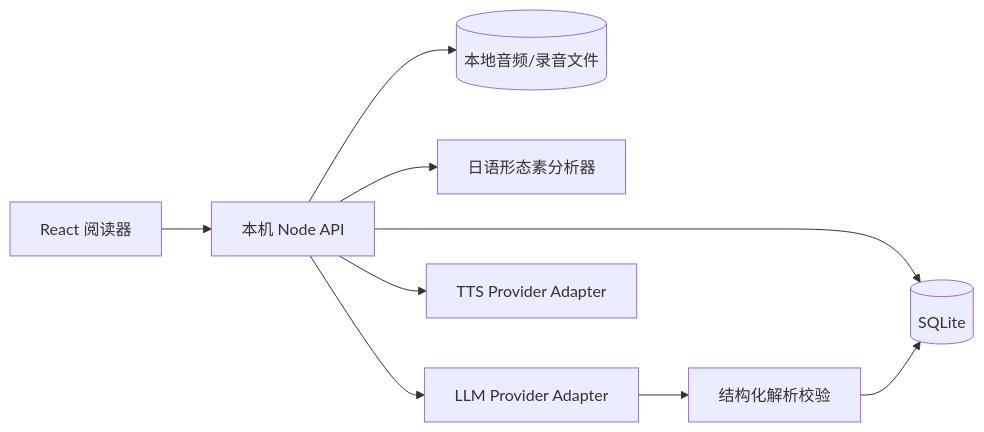
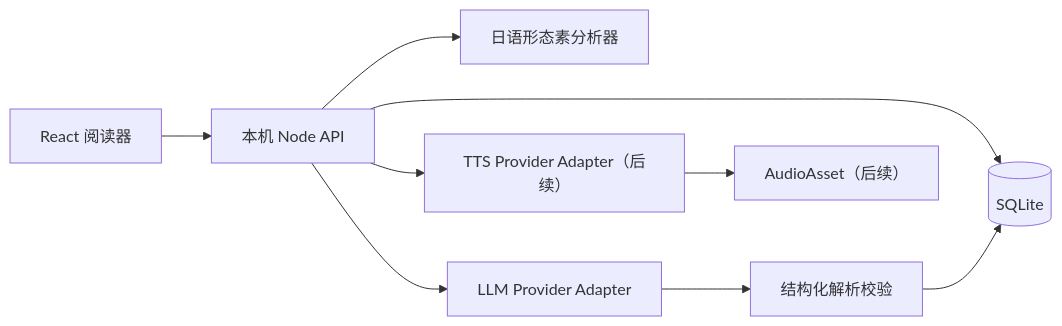
Before and after one commit to xiao-ranbei/NihongoNote: the diagram in docs/architecture.md, drawn with Mermaid. The commit also changed other lines of this file and 7 other files, not shown here.

````diff
--- a/docs/architecture.md
+++ b/docs/architecture.md
@@ -8,11 +8,11 @@
 ```mermaid
 flowchart LR
   Browser[React 阅读器] --> API[本机 Node API]
   API --> DB[(SQLite)]
-  API --> Files[(本地音频/录音文件)]
   API --> Tokenizer[日语形态素分析器]
   API --> LLM[LLM Provider Adapter]
-  API --> TTS[TTS Provider Adapter]
+  API --> TTS[TTS Provider Adapter（后续）]
   LLM --> Schema[结构化解析校验]
   Schema --> DB
+  TTS --> Audio[AudioAsset（后续）]
 ```
````
